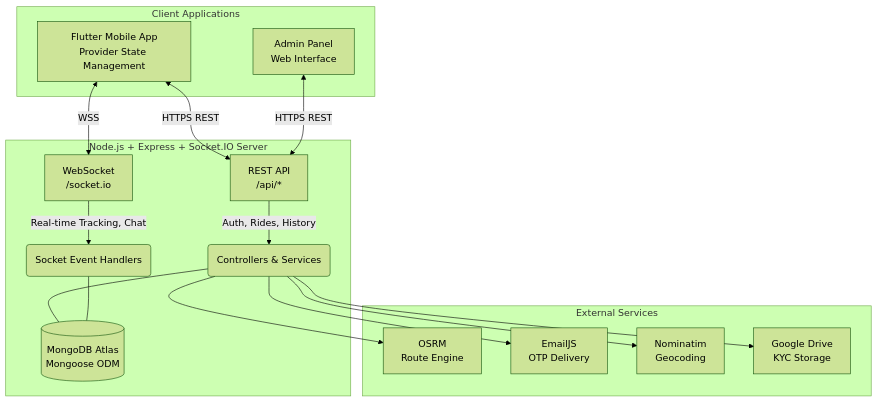
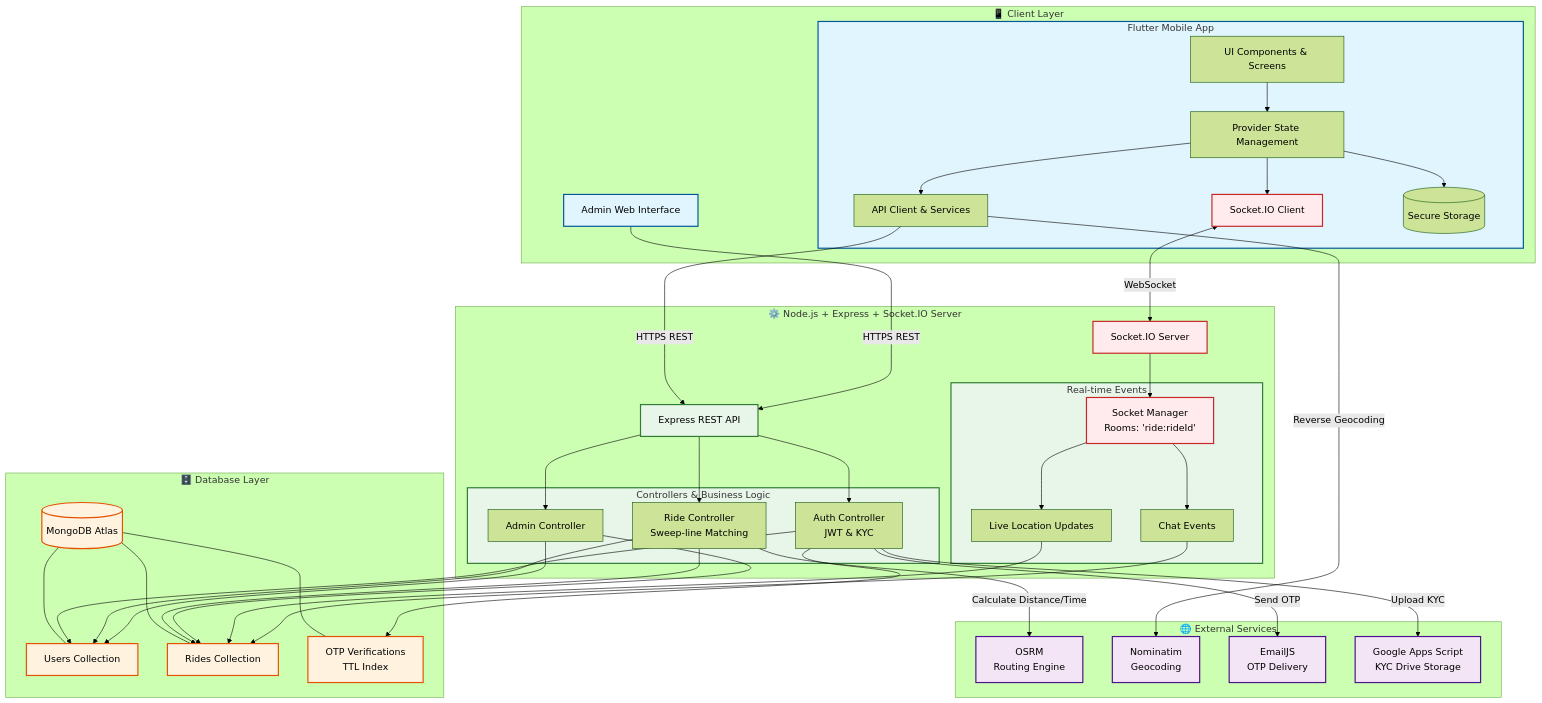
One commit to priyanshusharan-cmd/ridify changed the diagram in README.md. Above: the diagram before and after it, drawn with Mermaid (forest theme).

Commit message:
docs: detail system architecture diagram

````diff
--- a/README.md
+++ b/README.md
@@ -91,34 +91,95 @@
 ```mermaid
 graph TD
-    subgraph Client [Client Applications]
-        A[Flutter Mobile App<br/>Provider State Management]
-        G[Admin Panel<br/>Web Interface]
+    %% Styling
+    classDef client fill:#e1f5fe,stroke:#01579b,stroke-width:2px;
+    classDef backend fill:#e8f5e9,stroke:#2e7d32,stroke-width:2px;
+    classDef db fill:#fff3e0,stroke:#e65100,stroke-width:2px;
+    classDef external fill:#f3e5f5,stroke:#4a148c,stroke-width:2px;
+    classDef socket fill:#ffebee,stroke:#c62828,stroke-width:2px;
+
+    subgraph ClientLayer [📱 Client Layer]
+        subgraph FlutterApp [Flutter Mobile App]
+            UI[UI Components & Screens]
+            State[Provider State Management]
+            APIClient[API Client & Services]
+            SocketClient[Socket.IO Client]
+            LocalDB[(Secure Storage)]
+            
+            UI --> State
+            State --> APIClient
+            State --> SocketClient
+            State --> LocalDB
+        end
+        Admin[Admin Web Interface]
     end
 
-    subgraph Backend [Node.js + Express + Socket.IO Server]
-        B[REST API<br/>/api/*]
-        C[WebSocket<br/>/socket.io]
+    subgraph BackendLayer [⚙️ Node.js + Express + Socket.IO Server]
+        REST[Express REST API]
+        WSS[Socket.IO Server]
         
-        B -->|Auth, Rides, History| D(Controllers & Services)
-        C -->|Real-time Tracking, Chat| E(Socket Event Handlers)
+        subgraph Controllers [Controllers & Business Logic]
+            AuthCtrl[Auth Controller<br/>JWT & KYC]
+            RideCtrl[Ride Controller<br/>Sweep-line Matching]
+            AdminCtrl[Admin Controller]
+        end
         
-        D --- F[(MongoDB Atlas<br/>Mongoose ODM)]
-        E --- F
+        subgraph SocketServices [Real-time Events]
+            SocketManager[Socket Manager<br/>Rooms: 'ride:rideId']
+            ChatService[Chat Events]
+            LiveTracking[Live Location Updates]
+        end
+        
+        REST --> AuthCtrl
+        REST --> RideCtrl
+        REST --> AdminCtrl
+        
+        WSS --> SocketManager
+        SocketManager --> ChatService
+        SocketManager --> LiveTracking
     end
 
-    subgraph External [External Services]
-        H[OSRM<br/>Route Engine]
-        I[EmailJS<br/>OTP Delivery]
-        J[Nominatim<br/>Geocoding]
-        K[Google Drive<br/>KYC Storage]
+    subgraph DataLayer [🗄️ Database Layer]
+        MongoDB[(MongoDB Atlas)]
+        UserColl[Users Collection]
+        RideColl[Rides Collection]
+        OTPColl[OTP Verifications<br/>TTL Index]
+        
+        MongoDB --- UserColl
+        MongoDB --- RideColl
+        MongoDB --- OTPColl
     end
 
-    A <-->|HTTPS REST| B
-    A <-->|WSS| C
-    G <-->|HTTPS REST| B
+    subgraph ExternalLayer [🌐 External Services]
+        OSRM[OSRM<br/>Routing Engine]
+        Nominatim[Nominatim<br/>Geocoding]
+        EmailJS[EmailJS<br/>OTP Delivery]
+        GScript[Google Apps Script<br/>KYC Drive Storage]
+    end
 
-    D --> H
-    D --> I
-    D --> J
-    D --> K
+    %% Connections
+    APIClient -->|HTTPS REST| REST
+    Admin -->|HTTPS REST| REST
+    SocketClient <-->|WebSocket| WSS
+
+    AuthCtrl --> OTPColl
+    AuthCtrl --> UserColl
+    RideCtrl --> RideColl
+    RideCtrl --> UserColl
+    AdminCtrl --> UserColl
+    AdminCtrl --> RideColl
+    
+    LiveTracking --> RideColl
+    ChatService --> RideColl
+    
+    RideCtrl -->|Calculate Distance/Time| OSRM
+    APIClient -->|Reverse Geocoding| Nominatim
+    AuthCtrl -->|Send OTP| EmailJS
+    AuthCtrl -->|Upload KYC| GScript
+
+    %% Apply Classes
+    class FlutterApp,Admin client;
+    class REST,WSS,Controllers,SocketServices backend;
+    class MongoDB,UserColl,RideColl,OTPColl db;
+    class OSRM,Nominatim,EmailJS,GScript external;
+    class SocketClient,WSS,SocketManager socket;
 ```
````
